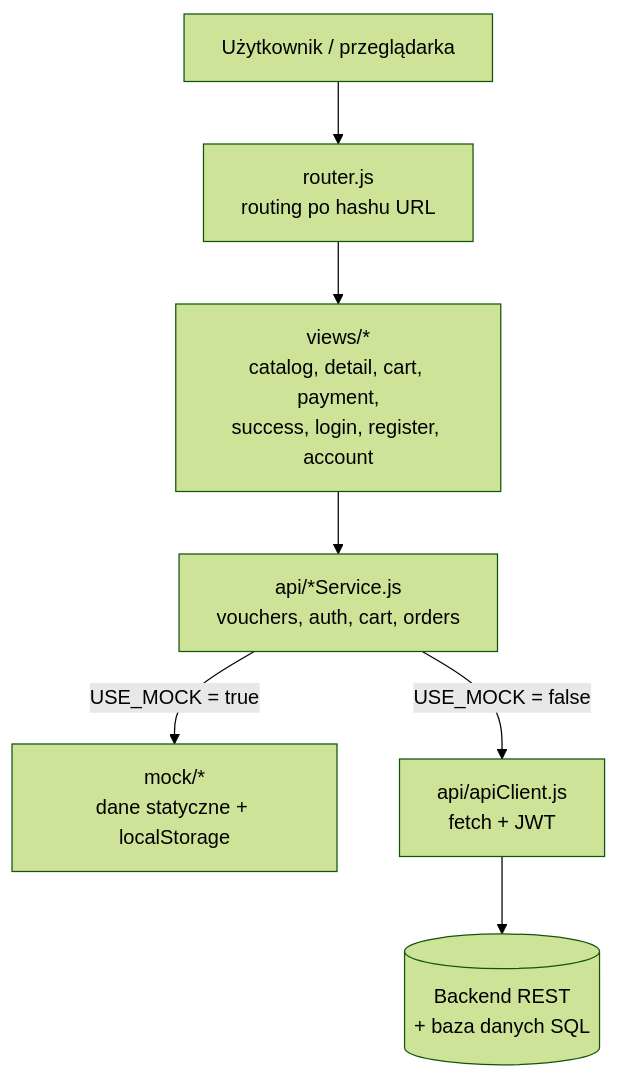
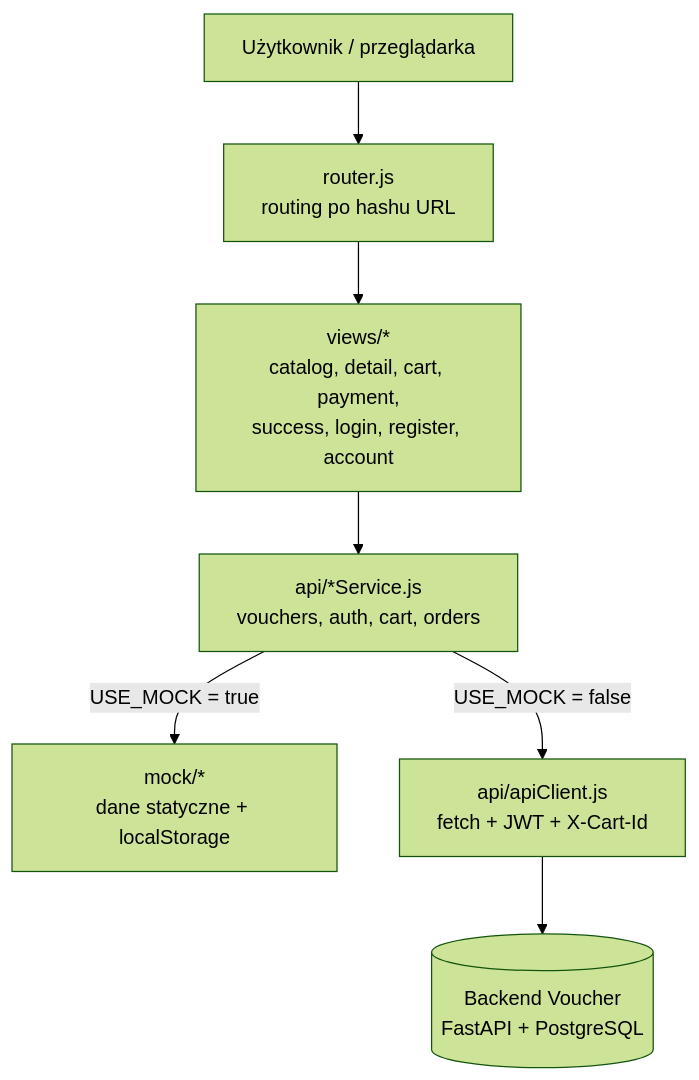
One commit to Rafalp03/Voucher changed the diagram in frontend/README.md. Above: the diagram before and after it, drawn with Mermaid (forest theme). The commit also changed other lines of this file and 7 other files, not shown here.

````diff
--- a/frontend/README.md
+++ b/frontend/README.md
@@ -30,9 +34,9 @@
 ```mermaid
 flowchart TD
     U[Użytkownik / przeglądarka] --> R[router.js<br/>routing po hashu URL]
     R --> V[views/*<br/>catalog, detail, cart, payment,<br/>success, login, register, account]
     V --> S[api/*Service.js<br/>vouchers, auth, cart, orders]
     S -->|USE_MOCK = true| M[mock/*<br/>dane statyczne + localStorage]
-    S -->|USE_MOCK = false| C[api/apiClient.js<br/>fetch + JWT]
-    C --> B[(Backend REST<br/>+ baza danych SQL)]
+    S -->|USE_MOCK = false| C[api/apiClient.js<br/>fetch + JWT + X-Cart-Id]
+    C --> B[(Backend Voucher<br/>FastAPI + PostgreSQL)]
 ```
````
